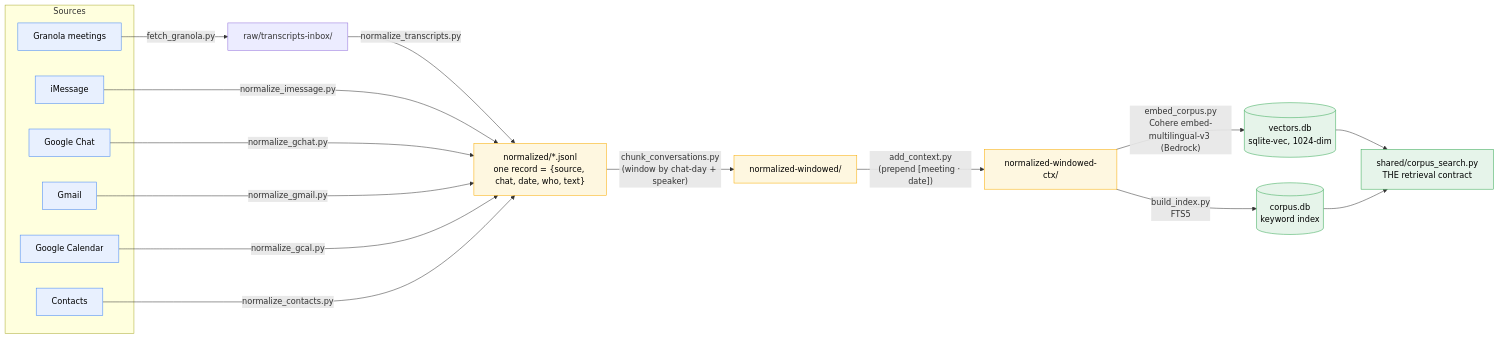
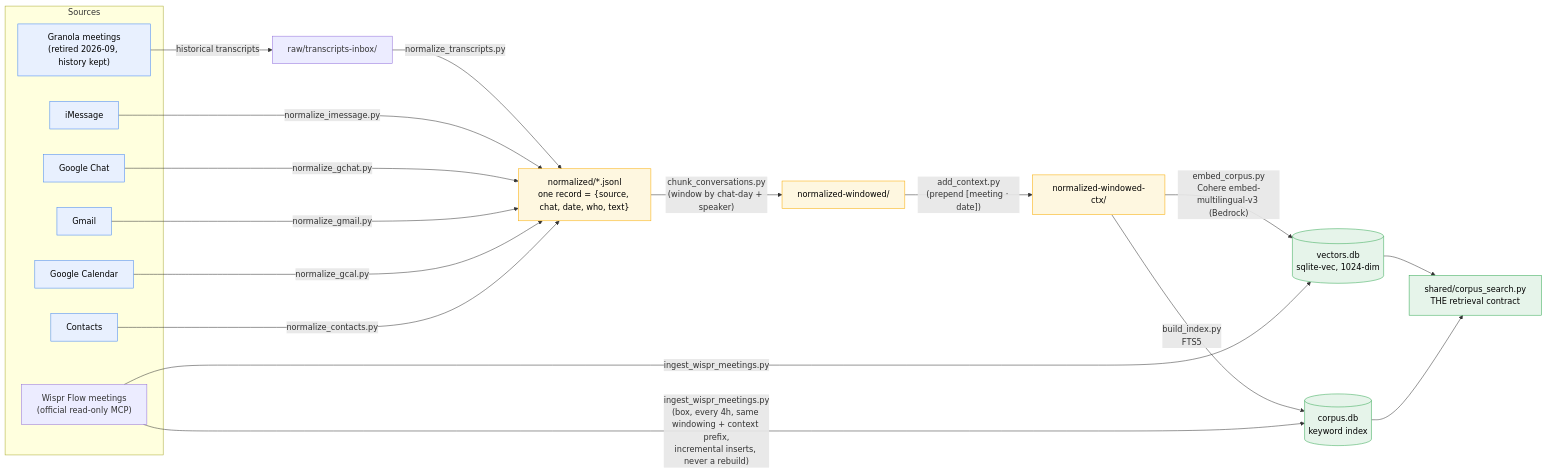
One commit to danielpuri1901/twin-mind changed the second of 6 diagrams in docs/architecture-map.md. Above: the diagram before and after it, drawn with Mermaid. The commit also changed 2 other files, not shown here.

Commit message:
docs: show Wispr Flow meeting ingest in README and maps
README lists the meeting ingester and the new free checks.
The removed Granola test is gone from the README commands.
Both architecture maps now show Wispr Flow feeding the corpus, with Granola kept as history.

````diff
--- a/docs/architecture-map.md
+++ b/docs/architecture-map.md
@@ -65,38 +65,42 @@
 ```mermaid
 flowchart LR
     subgraph SOURCES["Sources"]
-        G["Granola meetings"]
+        W["Wispr Flow meetings<br/>(official read-only MCP)"]
+        G["Granola meetings<br/>(retired 2026-09, history kept)"]
         IM["iMessage"]
         GC["Google Chat"]
         EM["Gmail"]
         CAL["Google Calendar"]
         CON["Contacts"]
     end
 
-    G -->|"fetch_granola.py"| INBOX["raw/transcripts-inbox/"]
+    G -->|"historical transcripts"| INBOX["raw/transcripts-inbox/"]
     INBOX -->|"normalize_transcripts.py"| NORM
     IM -->|normalize_imessage.py| NORM
     GC -->|normalize_gchat.py| NORM
     EM -->|normalize_gmail.py| NORM
     CAL -->|normalize_gcal.py| NORM
     CON -->|normalize_contacts.py| NORM
 
     NORM["normalized/*.jsonl<br/>one record = {source, chat, date, who, text}"]
 
     NORM -->|"chunk_conversations.py<br/>(window by chat-day + speaker)"| WIN["normalized-windowed/"]
     WIN -->|"add_context.py<br/>(prepend [meeting · date])"| CTX["normalized-windowed-ctx/"]
 
     CTX -->|"embed_corpus.py<br/>Cohere embed-multilingual-v3 (Bedrock)"| VEC[("vectors.db<br/>sqlite-vec, 1024-dim")]
     CTX -->|"build_index.py<br/>FTS5"| FTS[("corpus.db<br/>keyword index")]
 
+    W -->|"ingest_wispr_meetings.py<br/>(box, every 4h, same windowing + context prefix,<br/>incremental inserts, never a rebuild)"| FTS
+    W -->|"ingest_wispr_meetings.py"| VEC
+
     VEC --> SEARCH
     FTS --> SEARCH
     SEARCH["shared/corpus_search.py<br/>THE retrieval contract"]
 
     classDef src fill:#e8f0fe,stroke:#4285f4,color:#000
     classDef proc fill:#fef7e0,stroke:#f9ab00,color:#000
     classDef db fill:#e6f4ea,stroke:#34a853,color:#000
     class G,IM,GC,EM,CAL,CON src
     class NORM,WIN,CTX proc
     class VEC,FTS,SEARCH db
 ```
````
